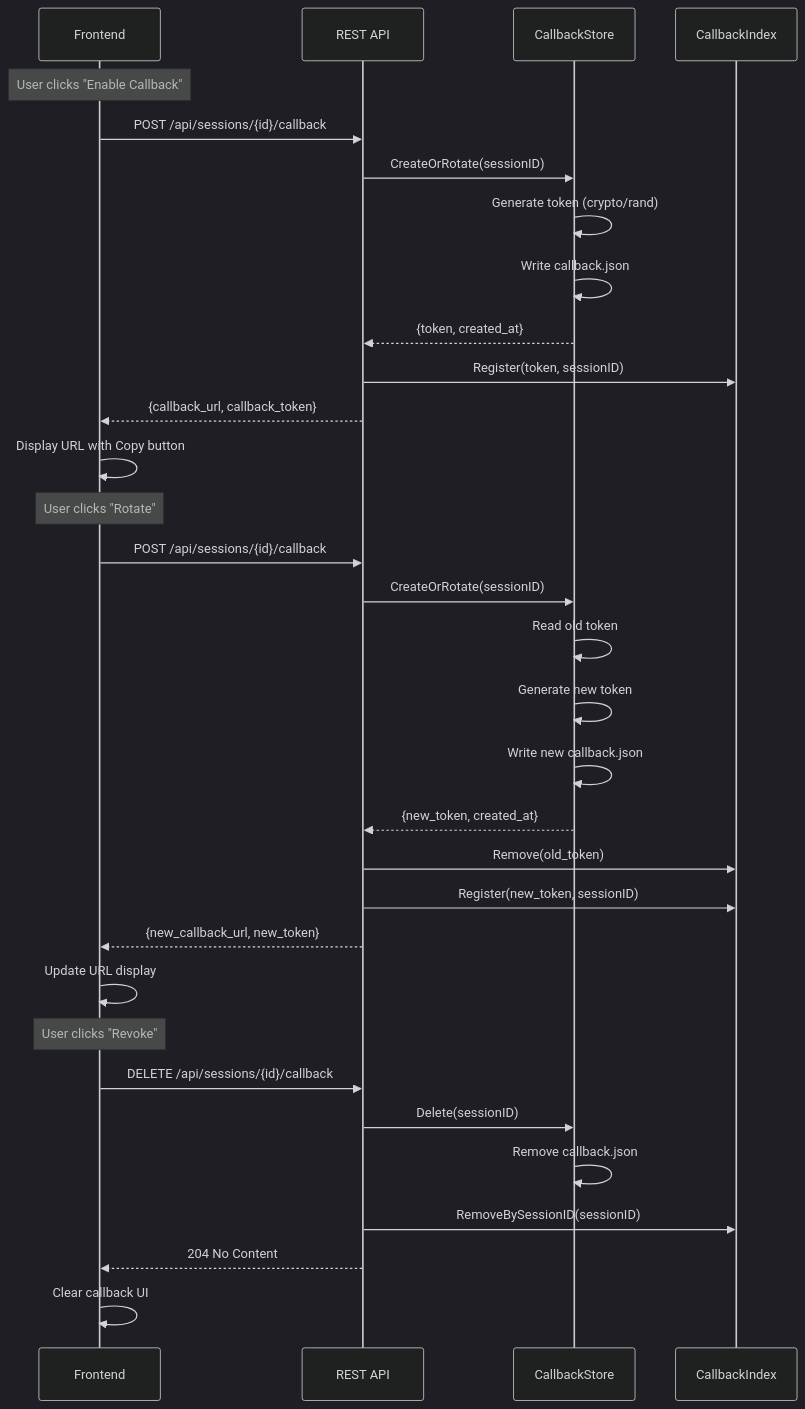
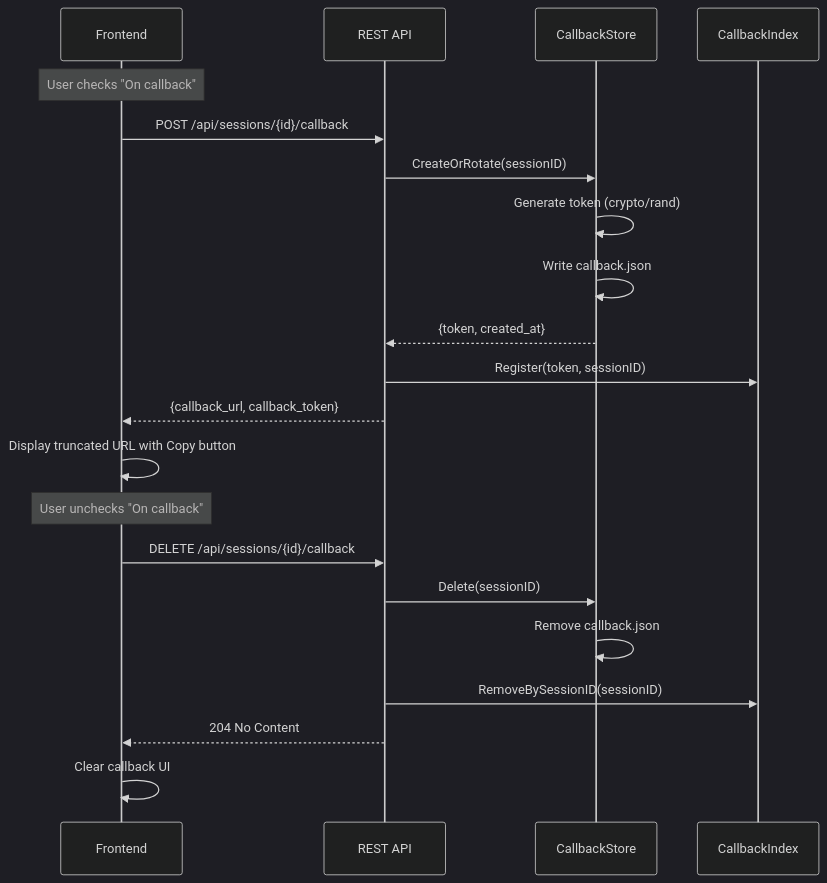
Before and after one commit to inercia/mitto: the second of 2 diagrams in docs/devel/callbacks.md, drawn with Mermaid (dark theme). The commit also changed other lines of this file and 1510 other files, not shown here.

````diff
--- a/docs/devel/callbacks.md
+++ b/docs/devel/callbacks.md
@@ -381,37 +390,25 @@
 ```mermaid
 sequenceDiagram
     participant UI as Frontend
     participant API as REST API
     participant Store as CallbackStore
     participant Index as CallbackIndex
 
-    Note over UI: User clicks "Enable Callback"
+    Note over UI: User checks "On callback"
     UI->>API: POST /api/sessions/{id}/callback
     API->>Store: CreateOrRotate(sessionID)
     Store->>Store: Generate token (crypto/rand)
     Store->>Store: Write callback.json
     Store-->>API: {token, created_at}
     API->>Index: Register(token, sessionID)
     API-->>UI: {callback_url, callback_token}
-    UI->>UI: Display URL with Copy button
+    UI->>UI: Display truncated URL with Copy button
 
-    Note over UI: User clicks "Rotate"
-    UI->>API: POST /api/sessions/{id}/callback
-    API->>Store: CreateOrRotate(sessionID)
-    Store->>Store: Read old token
-    Store->>Store: Generate new token
-    Store->>Store: Write new callback.json
-    Store-->>API: {new_token, created_at}
-    API->>Index: Remove(old_token)
-    API->>Index: Register(new_token, sessionID)
-    API-->>UI: {new_callback_url, new_token}
-    UI->>UI: Update URL display
-
-    Note over UI: User clicks "Revoke"
+    Note over UI: User unchecks "On callback"
     UI->>API: DELETE /api/sessions/{id}/callback
     API->>Store: Delete(sessionID)
     Store->>Store: Remove callback.json
     API->>Index: RemoveBySessionID(sessionID)
     API-->>UI: 204 No Content
     UI->>UI: Clear callback UI
 ```
````
